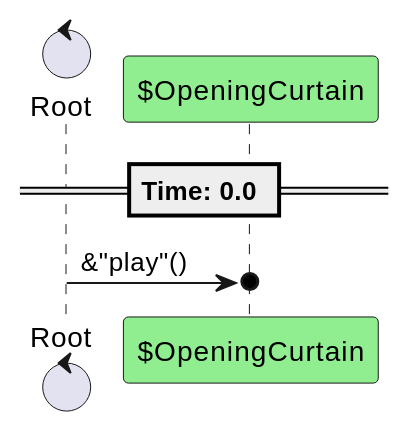
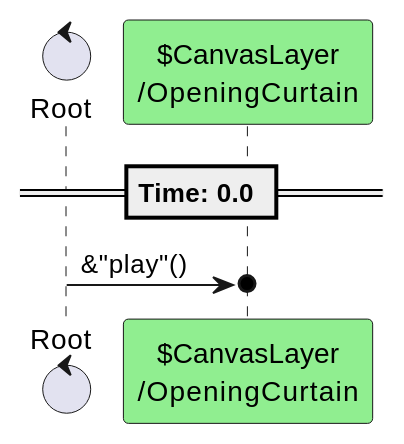
The second of 2 diagrams in content/scenes/src/chapters/0/stages/0/stage_0.tscn.adoc (tkmfujise/Platformer-Game-Learning), drawn with PlantUML before and after one commit. The commit also changed other lines of this file and 174 other files, not shown here.

```diff
--- a/content/scenes/src/chapters/0/stages/0/stage_0.tscn.adoc
+++ b/content/scenes/src/chapters/0/stages/0/stage_0.tscn.adoc
@@ -199,12 +247,12 @@
 [plantuml]
 ....
 control "Root" as R
-participant "$OpeningCurtain" as T0 #90EE90
+participant "$CanvasLayer\n/OpeningCurtain" as T0 #90EE90
 
 
 
 == Time: 0.0 ==
 R  ->o  T0 : &"play"()
 
 
 ....
```
